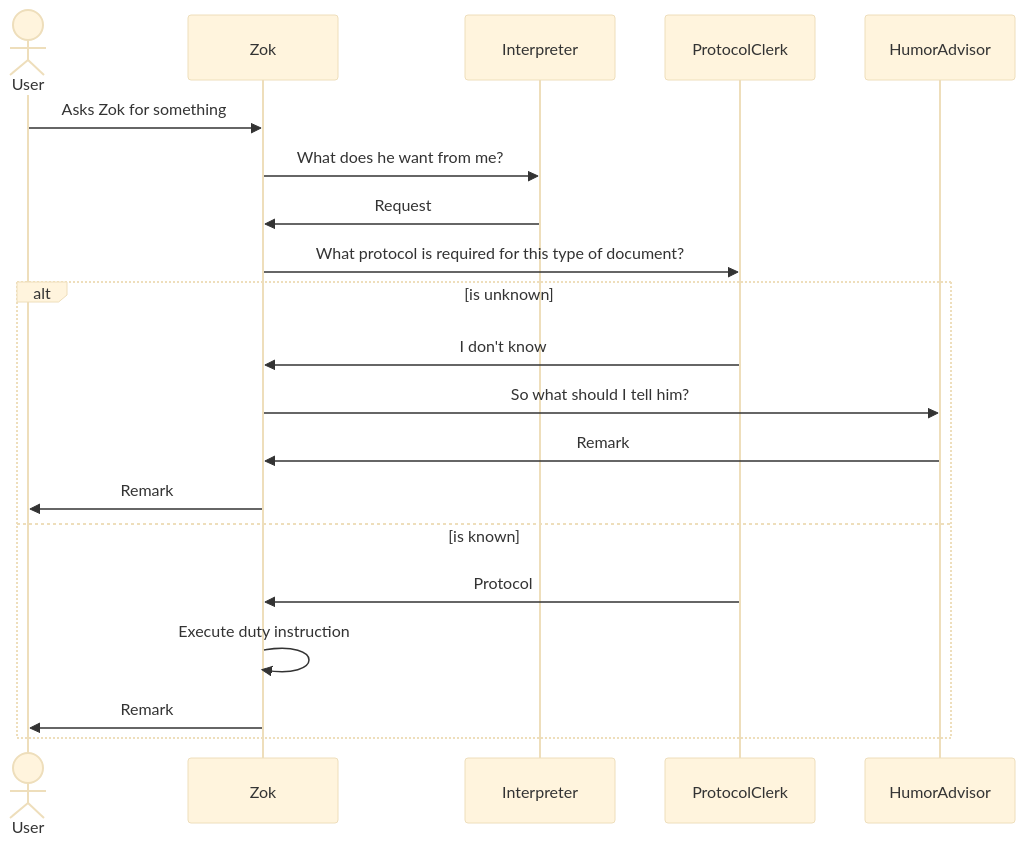
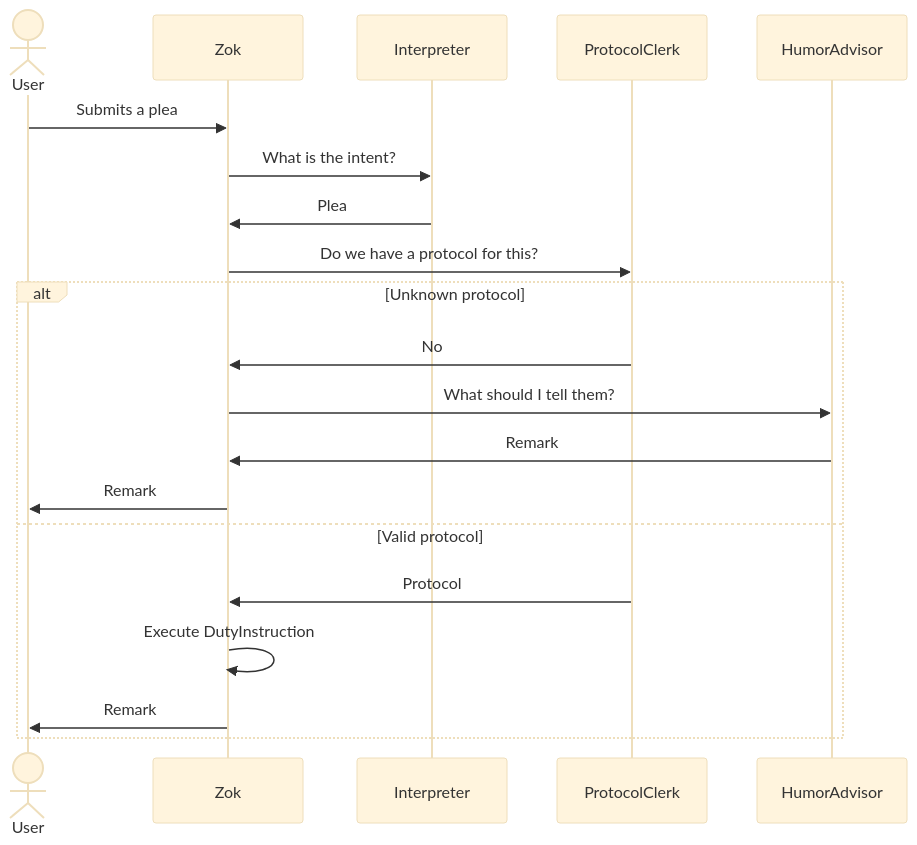
One commit to pslotinsky/decay-of-magic changed the second of 6 diagrams in docs/design/Design-001_the-inner-world-of-zok.md. Above: the diagram before and after it, drawn with Mermaid (base theme). The commit also changed other lines of this file, not shown here.

Commit message:
Design-1: Translate Zok's design document to eng

````diff
--- a/docs/design/Design-001_the-inner-world-of-zok.md
+++ b/docs/design/Design-001_the-inner-world-of-zok.md
@@ -83,18 +85,18 @@
 ```mermaid
 sequenceDiagram
   actor User
-  User->>Zok: Asks Zok for something
-  Zok->>Interpreter: What does he want from me?
-  Interpreter->>Zok: Request
-  Zok->>ProtocolClerk: What protocol is required for this type of document?
-  alt is unknown
-    ProtocolClerk->>Zok: I don't know
-    Zok->>HumorAdvisor: So what should I tell him?
+  User->>Zok: Submits a plea
+  Zok->>Interpreter: What is the intent?
+  Interpreter->>Zok: Plea
+  Zok->>ProtocolClerk: Do we have a protocol for this?
+  alt Unknown protocol
+    ProtocolClerk->>Zok: No
+    Zok->>HumorAdvisor: What should I tell them?
     HumorAdvisor->>Zok: Remark
     Zok->>User: Remark
-  else is known
+  else Valid protocol
     ProtocolClerk->>Zok: Protocol
-    Zok->>Zok: Execute duty instruction
+    Zok->>Zok: Execute DutyInstruction
     Zok->>User: Remark
   end
 ```
````
